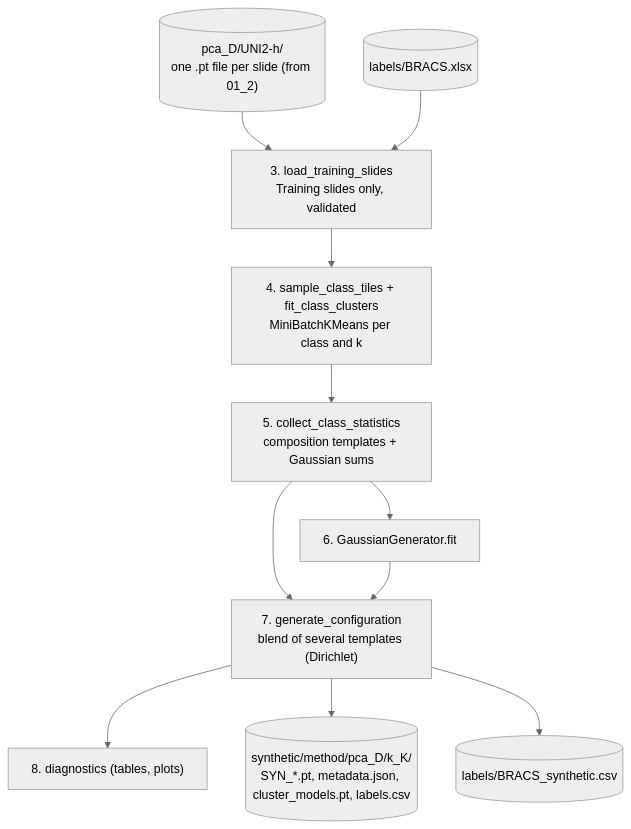
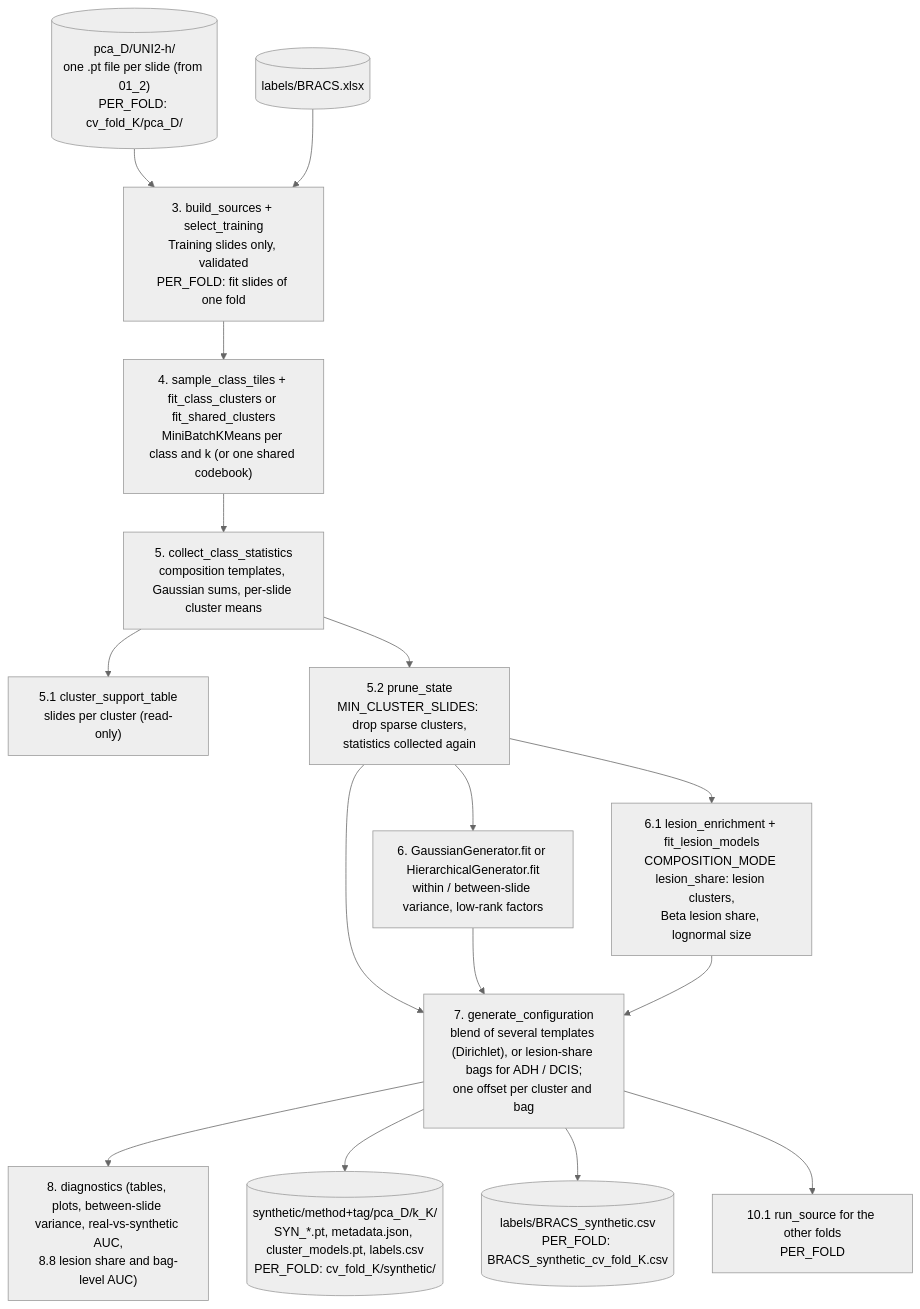
The fourth of 10 diagrams in README.md (guisazevedo/phd_streamembed), drawn with Mermaid (neutral theme) before and after one commit. The commit also changed other lines of this file and 32 other files, not shown here.

````diff
--- a/README.md
+++ b/README.md
@@ -302,13 +312,18 @@
 ```mermaid
 flowchart TD
-    PCA[("pca_D/UNI2-h/<br/>one .pt file per slide (from 01_2)")] --> SEL["3. load_training_slides<br/>Training slides only, validated"]
+    PCA[("pca_D/UNI2-h/<br/>one .pt file per slide (from 01_2)<br/>PER_FOLD: cv_fold_K/pca_D/")] --> SEL["3. build_sources + select_training<br/>Training slides only, validated<br/>PER_FOLD: fit slides of one fold"]
     LAB[("labels/BRACS.xlsx")] --> SEL
-    SEL --> KM["4. sample_class_tiles + fit_class_clusters<br/>MiniBatchKMeans per class and k"]
-    KM --> STAT["5. collect_class_statistics<br/>composition templates + Gaussian sums"]
-    STAT --> GAUSS["6. GaussianGenerator.fit"]
-    STAT --> GEN["7. generate_configuration<br/>blend of several templates (Dirichlet)"]
+    SEL --> KM["4. sample_class_tiles + fit_class_clusters or fit_shared_clusters<br/>MiniBatchKMeans per class and k (or one shared codebook)"]
+    KM --> STAT["5. collect_class_statistics<br/>composition templates, Gaussian sums, per-slide cluster means"]
+    STAT --> SUP["5.1 cluster_support_table<br/>slides per cluster (read-only)"]
+    STAT --> PRUNE["5.2 prune_state<br/>MIN_CLUSTER_SLIDES: drop sparse clusters,<br/>statistics collected again"]
+    PRUNE --> GAUSS["6. GaussianGenerator.fit or HierarchicalGenerator.fit<br/>within / between-slide variance, low-rank factors"]
+    PRUNE --> LES["6.1 lesion_enrichment + fit_lesion_models<br/>COMPOSITION_MODE lesion_share: lesion clusters,<br/>Beta lesion share, lognormal size"]
+    PRUNE --> GEN["7. generate_configuration<br/>blend of several templates (Dirichlet), or lesion-share bags for ADH / DCIS;<br/>one offset per cluster and bag"]
     GAUSS --> GEN
-    GEN --> DIAG["8. diagnostics (tables, plots)"]
-    GEN --> OUT[("synthetic/method/pca_D/k_K/<br/>SYN_*.pt, metadata.json, cluster_models.pt, labels.csv")]
-    GEN --> SHEET[("labels/BRACS_synthetic.csv")]
+    LES --> GEN
+    GEN --> DIAG["8. diagnostics (tables, plots, between-slide variance, real-vs-synthetic AUC,<br/>8.8 lesion share and bag-level AUC)"]
+    GEN --> OUT[("synthetic/method+tag/pca_D/k_K/<br/>SYN_*.pt, metadata.json, cluster_models.pt, labels.csv<br/>PER_FOLD: cv_fold_K/synthetic/")]
+    GEN --> SHEET[("labels/BRACS_synthetic.csv<br/>PER_FOLD: BRACS_synthetic_cv_fold_K.csv")]
+    GEN --> FOLDS["10.1 run_source for the other folds<br/>PER_FOLD"]
 ```
````
